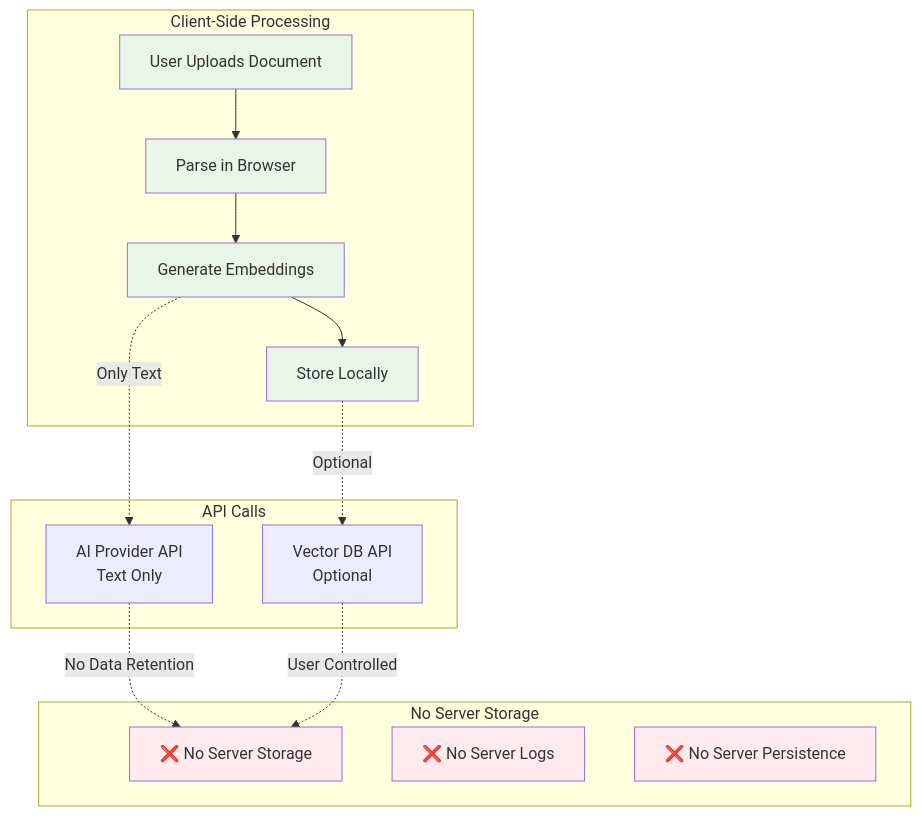
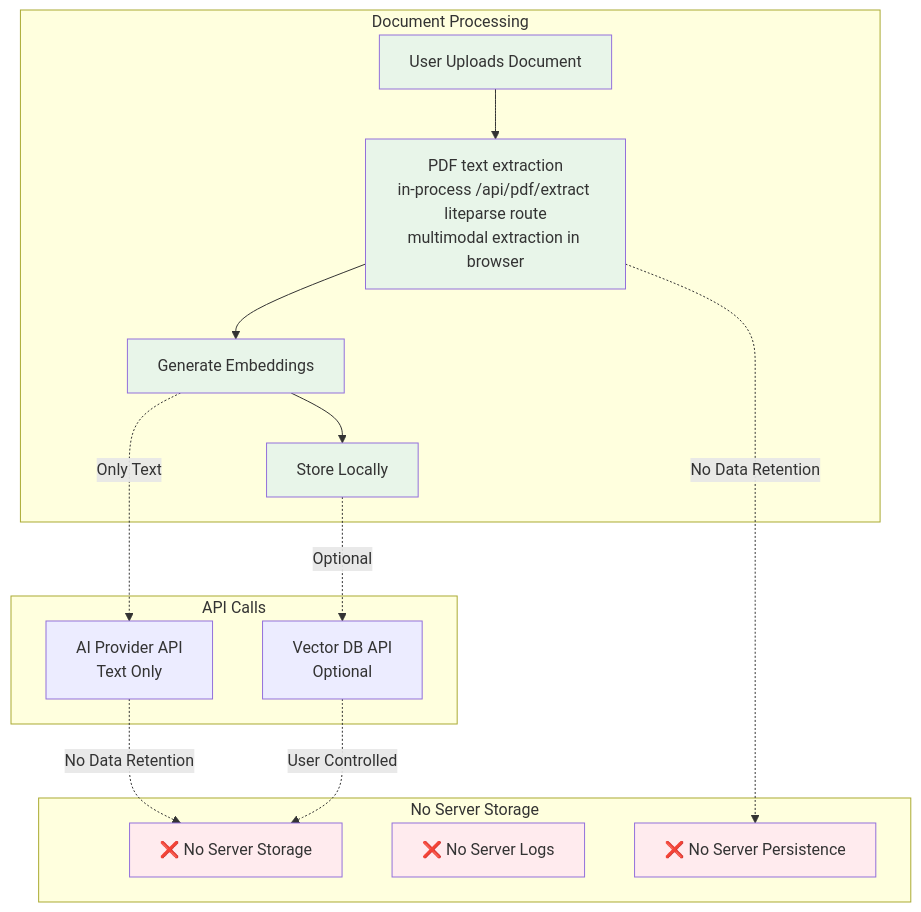
Diagram 14 of 14 in docs/ARCHITECTURE_FLOWS.md (Kedhareswer/QuantumPDF_ChatApp_VectorDB), drawn with Mermaid before and after one commit. The commit also changed other lines of this file and 15 other files, not shown here.

First line of the commit message:
docs: reconcile all docs with the liteparse architecture; remove dead files

````diff
--- a/docs/ARCHITECTURE_FLOWS.md
+++ b/docs/ARCHITECTURE_FLOWS.md
@@ -757,39 +756,40 @@
 ```mermaid
 graph TB
-    subgraph "Client-Side Processing"
+    subgraph "Document Processing"
         UPLOAD[User Uploads Document]
-        PARSE[Parse in Browser]
+        EXTRACT[PDF text extraction<br/>in-process /api/pdf/extract liteparse route<br/>multimodal extraction in browser]
         EMBED[Generate Embeddings]
         STORE[Store Locally]
     end
 
     subgraph "API Calls"
         AI_API[AI Provider API<br/>Text Only]
         VDB_API[Vector DB API<br/>Optional]
     end
 
     subgraph "No Server Storage"
         NO_SERVER[❌ No Server Storage]
         NO_LOGS[❌ No Server Logs]
         NO_PERSIST[❌ No Server Persistence]
     end
 
-    UPLOAD --> PARSE
-    PARSE --> EMBED
+    UPLOAD --> EXTRACT
+    EXTRACT --> EMBED
 
     EMBED -.->|Only Text| AI_API
     EMBED --> STORE
 
     STORE -.->|Optional| VDB_API
 
+    EXTRACT -.->|No Data Retention| NO_PERSIST
     AI_API -.->|No Data Retention| NO_SERVER
     VDB_API -.->|User Controlled| NO_SERVER
 
     style UPLOAD fill:#e8f5e9
-    style PARSE fill:#e8f5e9
+    style EXTRACT fill:#e8f5e9
     style EMBED fill:#e8f5e9
     style STORE fill:#e8f5e9
     style NO_SERVER fill:#ffebee
     style NO_LOGS fill:#ffebee
     style NO_PERSIST fill:#ffebee
 ```
````
